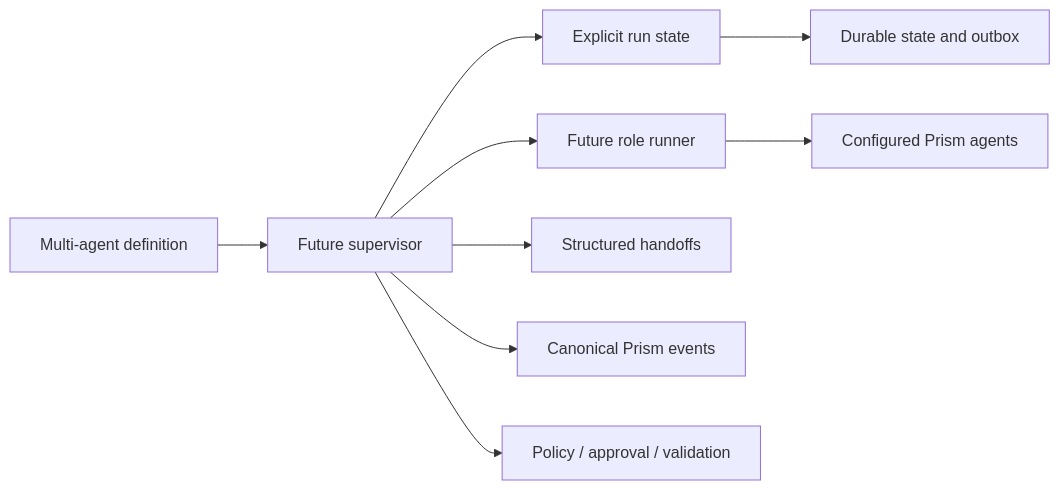
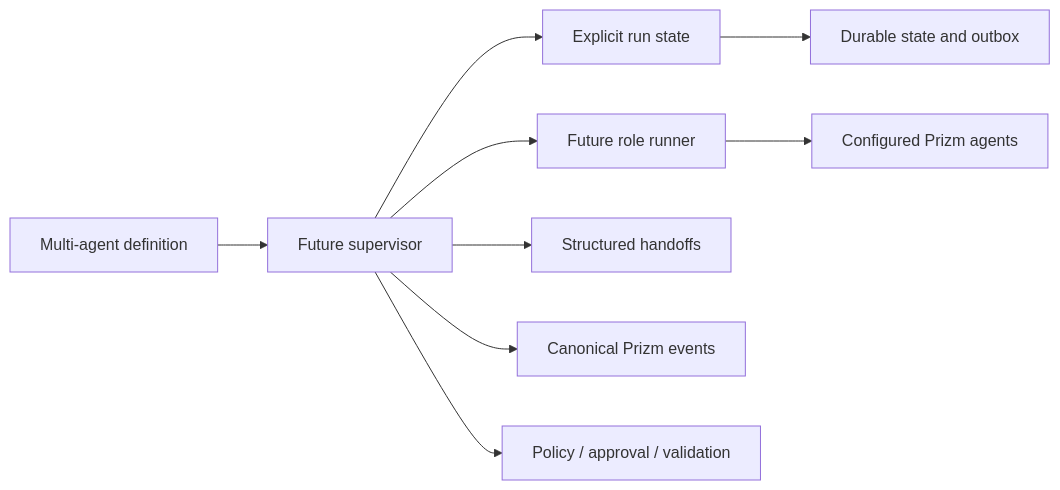
Before and after one commit to emaharmony/prism: the first of 3 diagrams in docs/architecture/MULTI_AGENT_LOOP_RUNTIME.md, drawn with Mermaid. The commit also changed other lines of this file and 688 other files, not shown here.

````diff
--- a/docs/architecture/MULTI_AGENT_LOOP_RUNTIME.md
+++ b/docs/architecture/MULTI_AGENT_LOOP_RUNTIME.md
@@ -110,11 +110,11 @@
 ```mermaid
 flowchart LR
   definition["Multi-agent definition"] --> supervisor["Future supervisor"]
   supervisor --> state["Explicit run state"]
   supervisor --> runner["Future role runner"]
-  runner --> agents["Configured Prism agents"]
+  runner --> agents["Configured Prizm agents"]
   supervisor --> handoff["Structured handoffs"]
-  supervisor --> events["Canonical Prism events"]
+  supervisor --> events["Canonical Prizm events"]
   supervisor --> governance["Policy / approval / validation"]
   state --> storage["Durable state and outbox"]
 ```
````
